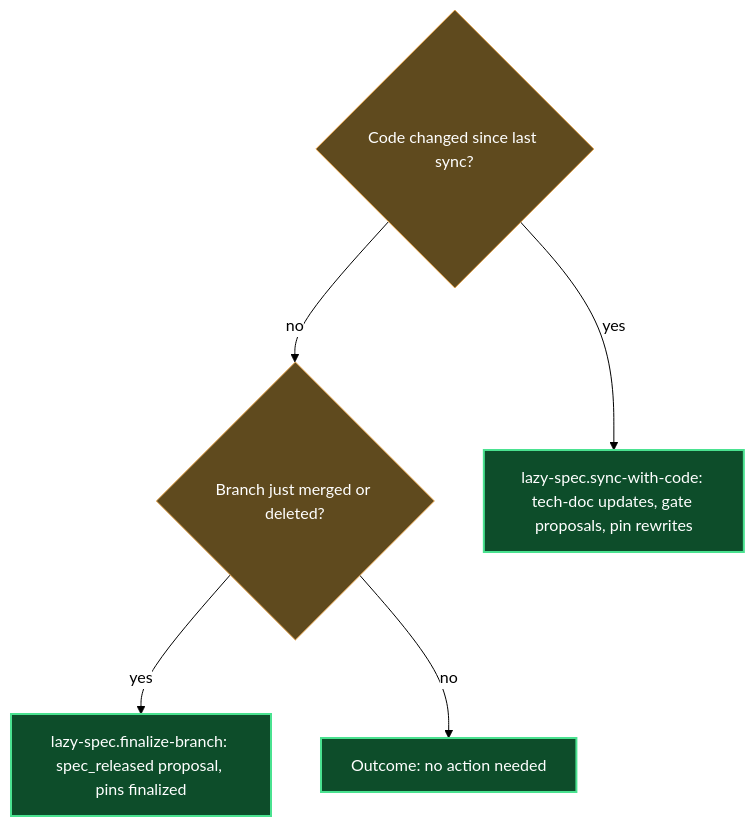
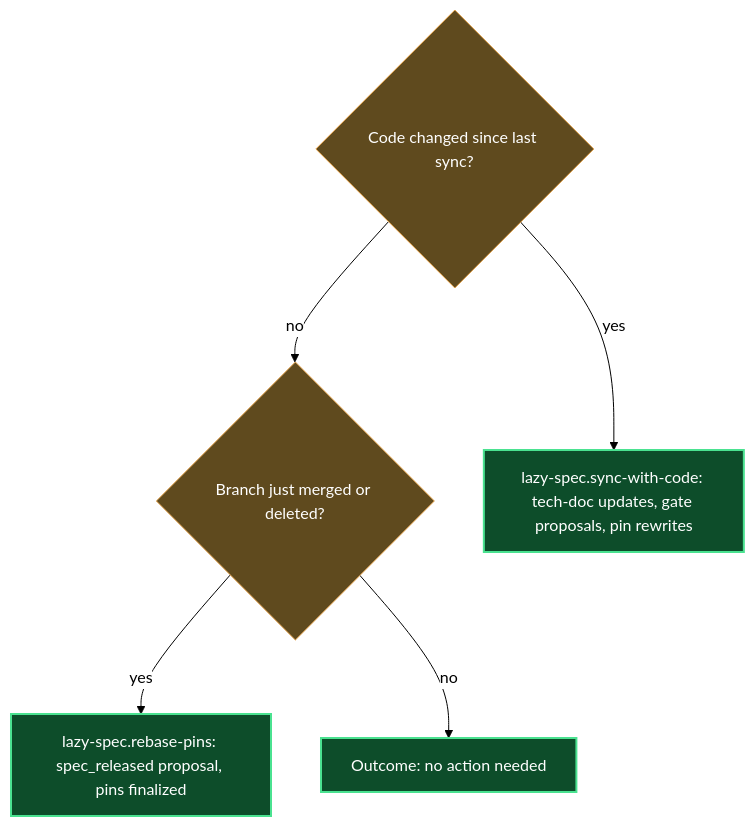
One commit to mebius-san/lazy-cortex changed the diagram in claude/lazycortex-specs/help/code-sync.md. Above: the diagram before and after it, drawn with Mermaid. The commit also changed other lines of this file and 176 other files, not shown here.

Commit message:
release: core 9.0.0, specs 7.0.0, obsidian 5.0.0, observe 1.0.0, python 4.2.0, review 6.2.3, wiki 2.2.1, experts 1.2.1, diagram 1.1.9

````diff
--- a/claude/lazycortex-specs/help/code-sync.md
+++ b/claude/lazycortex-specs/help/code-sync.md
@@ -56,24 +56,24 @@
 ```mermaid
 %%{init: {'themeVariables':{'lineColor':'#000','textColor':'#000','edgeLabelBackground':'#fff'},'themeCSS':'.edgeLabel{background-color:transparent!important}.edgeLabel p{background-color:transparent!important}','flowchart':{'diagramPadding':5,'useMaxWidth':true}}}%%
 flowchart TD
   codeChangedSinceLastSync{Code changed since last sync?}
   branchMergedOrDeleted{Branch just merged or deleted?}
 
   runSyncWithCode[lazy-spec.sync-with-code: tech-doc updates, gate proposals, pin rewrites]
-  runFinalizeBranch[lazy-spec.finalize-branch: spec_released proposal, pins finalized]
+  runFinalizeBranch[lazy-spec.rebase-pins: spec_released proposal, pins finalized]
   noActionNeeded[Outcome: no action needed]
 
   codeChangedSinceLastSync -->|yes| runSyncWithCode
   codeChangedSinceLastSync -->|no| branchMergedOrDeleted
   branchMergedOrDeleted -->|yes| runFinalizeBranch
   branchMergedOrDeleted -->|no| noActionNeeded
 
   classDef guard fill:#5f4a1e,stroke:#e2a14a,color:#fff
   classDef success fill:#0d4d2a,stroke:#4ae290,color:#fff,stroke-width:2px
 
   class codeChangedSinceLastSync guard
   class branchMergedOrDeleted guard
   class runSyncWithCode success
   class runFinalizeBranch success
   class noActionNeeded success
 ```
````
